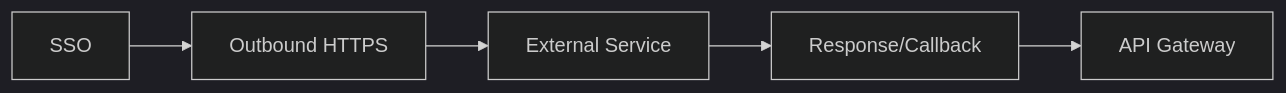
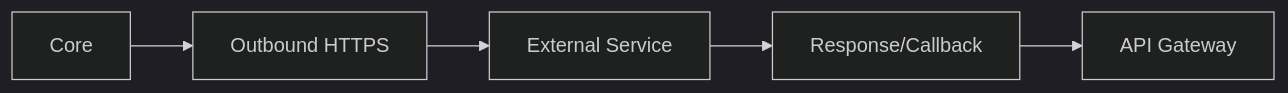
Before and after one commit to CVThien2k2/joytab: the seventh of 8 diagrams in docs/system-architecture-20260522.md, drawn with Mermaid (dark theme). The commit also changed other lines of this file and 4 other files, not shown here.

Commit message:
docs: rename sso service to core

````diff
--- a/docs/system-architecture-20260522.md
+++ b/docs/system-architecture-20260522.md
@@ -142,7 +142,7 @@
 ```mermaid
 flowchart LR
-  SSO[SSO] --> OUT[Outbound HTTPS]
+  CORE[Core] --> OUT[Outbound HTTPS]
   OUT --> EXT[External Service]
   EXT --> IN[Response/Callback]
   IN --> GW[API Gateway]
 ```
````
